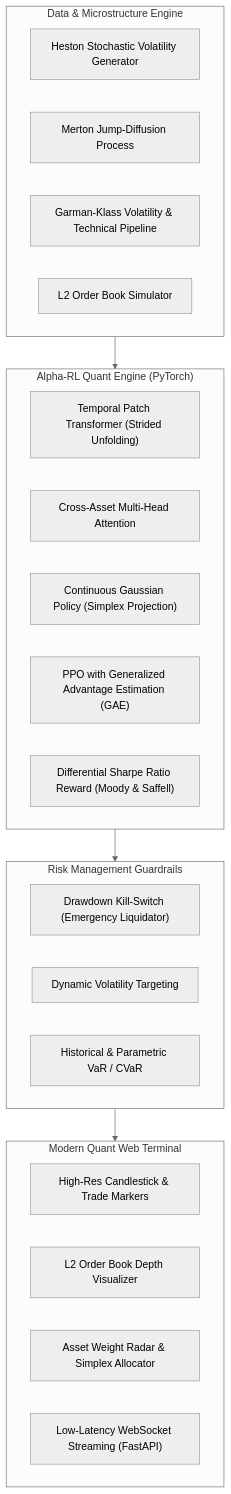
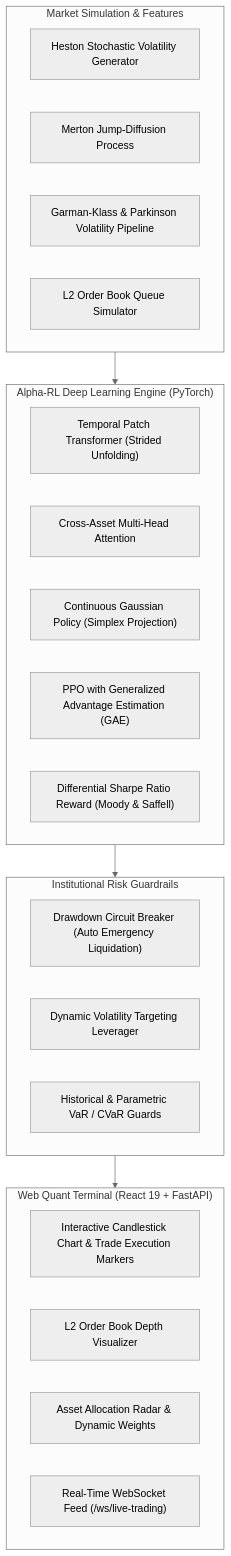
Before and after one commit to thanhauco/alpha-rl: the diagram in README.md, drawn with Mermaid (neutral theme). The commit also changed other lines of this file and 1 other file, not shown here.

Commit message:
docs: add ARCHITECTURE.md with system diagrams and expand README with full mathematical formulations

````diff
--- a/README.md
+++ b/README.md
@@ -17,34 +22,34 @@
 ```mermaid
 graph TD
-    subgraph Data ["Data & Microstructure Engine"]
+    subgraph Market ["Market Simulation & Features"]
         Heston["Heston Stochastic Volatility Generator"]
         Merton["Merton Jump-Diffusion Process"]
-        Features["Garman-Klass Volatility & Technical Pipeline"]
-        LOB["L2 Order Book Simulator"]
+        Features["Garman-Klass & Parkinson Volatility Pipeline"]
+        LOB["L2 Order Book Queue Simulator"]
     end
 
-    subgraph Core ["Alpha-RL Quant Engine (PyTorch)"]
+    subgraph Core ["Alpha-RL Deep Learning Engine (PyTorch)"]
         PatchTrans["Temporal Patch Transformer (Strided Unfolding)"]
         CrossAttn["Cross-Asset Multi-Head Attention"]
         Gaussian["Continuous Gaussian Policy (Simplex Projection)"]
         PPO["PPO with Generalized Advantage Estimation (GAE)"]
         DSR["Differential Sharpe Ratio Reward (Moody & Saffell)"]
     end
 
-    subgraph Risk ["Risk Management Guardrails"]
-        DD["Drawdown Kill-Switch (Emergency Liquidator)"]
-        VolTarget["Dynamic Volatility Targeting"]
-        VaR["Historical & Parametric VaR / CVaR"]
+    subgraph Risk ["Institutional Risk Guardrails"]
+        DD["Drawdown Circuit Breaker (Auto Emergency Liquidation)"]
+        VolTarget["Dynamic Volatility Targeting Leverager"]
+        VaR["Historical & Parametric VaR / CVaR Guards"]
     end
 
-    subgraph Terminal ["Modern Quant Web Terminal"]
-        Candles["High-Res Candlestick & Trade Markers"]
+    subgraph Terminal ["Web Quant Terminal (React 19 + FastAPI)"]
+        Candles["Interactive Candlestick Chart & Trade Execution Markers"]
         Depth["L2 Order Book Depth Visualizer"]
-        Allocation["Asset Weight Radar & Simplex Allocator"]
-        WS["Low-Latency WebSocket Streaming (FastAPI)"]
+        Allocation["Asset Allocation Radar & Dynamic Weights"]
+        WS["Real-Time WebSocket Feed (/ws/live-trading)"]
     end
 
-    Data --> Core
+    Market --> Core
     Core --> Risk
     Risk --> Terminal
 ```
````
